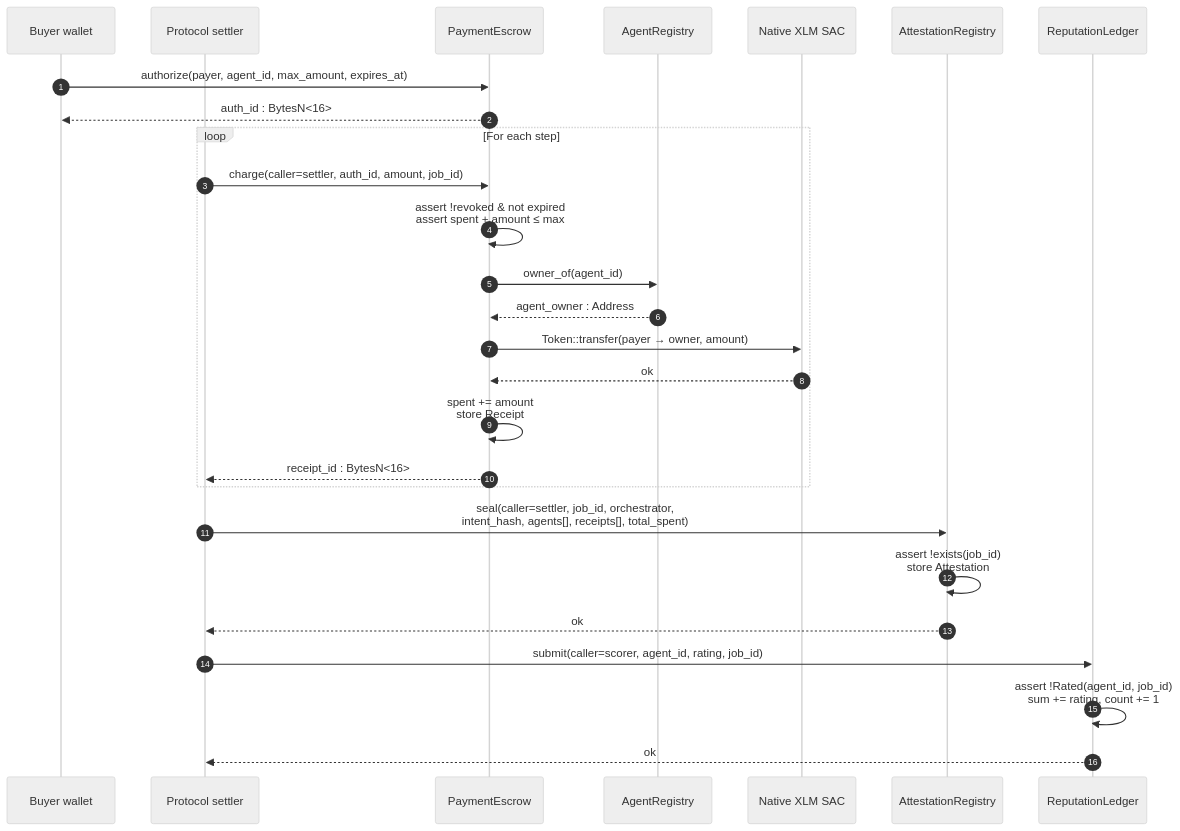
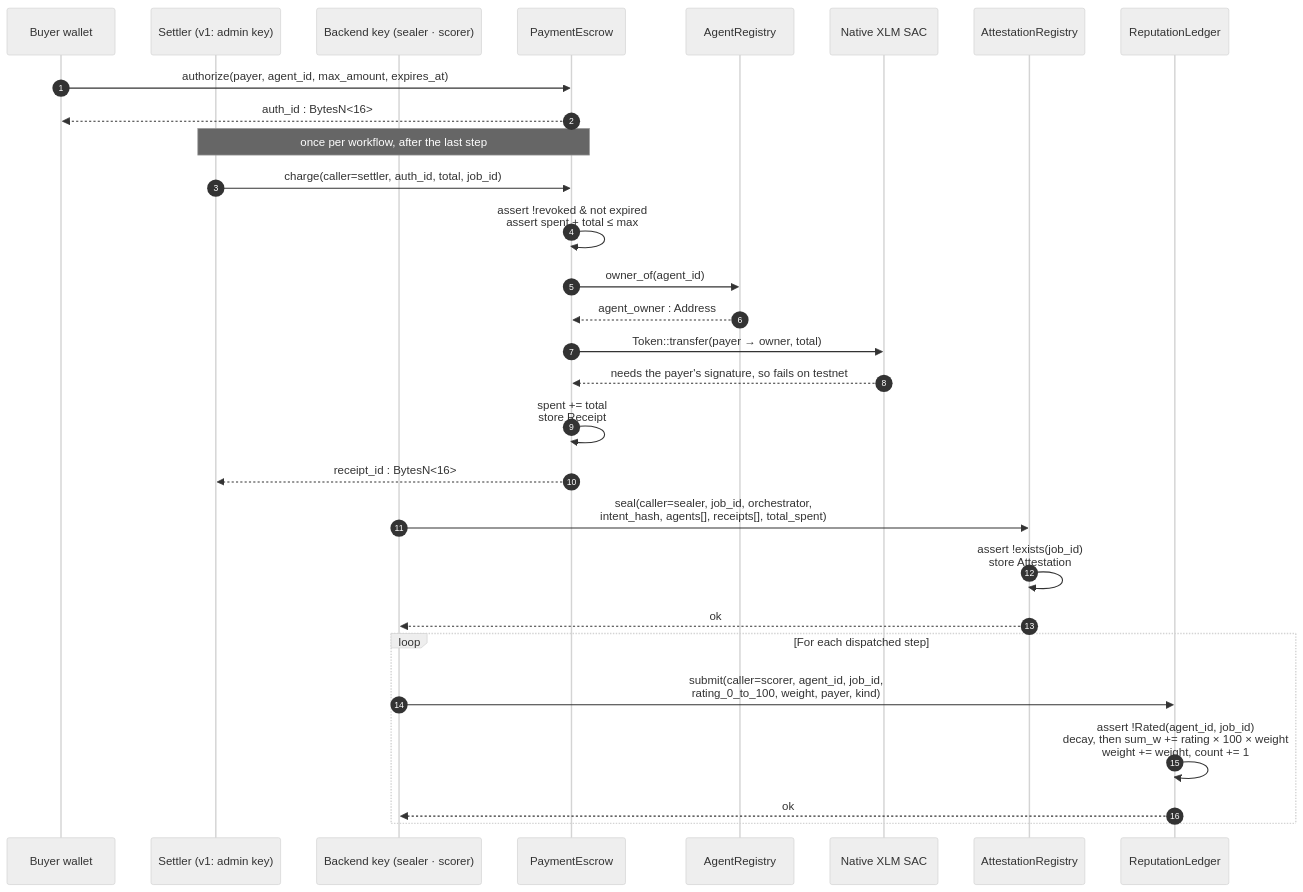
Before and after one commit to Bl0cksmiths/Orizon-Agents-FE-Stellar: the fifth of 5 diagrams in litepaper/Orizon-Agents-Litepaper.md, drawn with Mermaid (neutral theme). The commit also changed other lines of this file, not shown here.

````diff
--- a/litepaper/Orizon-Agents-Litepaper.md
+++ b/litepaper/Orizon-Agents-Litepaper.md
@@ -833,33 +828,35 @@
 ```mermaid
 sequenceDiagram
     autonumber
     participant Buyer as Buyer wallet
-    participant Setl as Protocol settler
+    participant Setl as Settler (v1: admin key)
+    participant Key as Backend key (sealer · scorer)
     participant PE as PaymentEscrow
     participant AR as AgentRegistry
     participant SAC as Native XLM SAC
     participant AT as AttestationRegistry
     participant RL as ReputationLedger
 
     Buyer->>PE: authorize(payer, agent_id, max_amount, expires_at)
     PE-->>Buyer: auth_id : BytesN<16>
 
-    loop For each step
-        Setl->>PE: charge(caller=settler, auth_id, amount, job_id)
-        PE->>PE: assert !revoked & not expired<br/>assert spent + amount ≤ max
-        PE->>AR: owner_of(agent_id)
-        AR-->>PE: agent_owner : Address
-        PE->>SAC: Token::transfer(payer → owner, amount)
-        SAC-->>PE: ok
-        PE->>PE: spent += amount<br/>store Receipt
-        PE-->>Setl: receipt_id : BytesN<16>
+    Note over Setl,PE: once per workflow, after the last step
+    Setl->>PE: charge(caller=settler, auth_id, total, job_id)
+    PE->>PE: assert !revoked & not expired<br/>assert spent + total ≤ max
+    PE->>AR: owner_of(agent_id)
+    AR-->>PE: agent_owner : Address
+    PE->>SAC: Token::transfer(payer → owner, total)
+    SAC-->>PE: needs the payer's signature, so fails on testnet
+    PE->>PE: spent += total<br/>store Receipt
+    PE-->>Setl: receipt_id : BytesN<16>
+
+    Key->>AT: seal(caller=sealer, job_id, orchestrator,<br/>intent_hash, agents[], receipts[], total_spent)
+    AT->>AT: assert !exists(job_id)<br/>store Attestation
+    AT-->>Key: ok
+
+    loop For each dispatched step
+        Key->>RL: submit(caller=scorer, agent_id, job_id,<br/>rating_0_to_100, weight, payer, kind)
+        RL->>RL: assert !Rated(agent_id, job_id)<br/>decay, then sum_w += rating × 100 × weight<br/>weight += weight, count += 1
+        RL-->>Key: ok
     end
-
-    Setl->>AT: seal(caller=settler, job_id, orchestrator,<br/>intent_hash, agents[], receipts[], total_spent)
-    AT->>AT: assert !exists(job_id)<br/>store Attestation
-    AT-->>Setl: ok
-
-    Setl->>RL: submit(caller=scorer, agent_id, rating, job_id)
-    RL->>RL: assert !Rated(agent_id, job_id)<br/>sum += rating, count += 1
-    RL-->>Setl: ok
 ```
````
